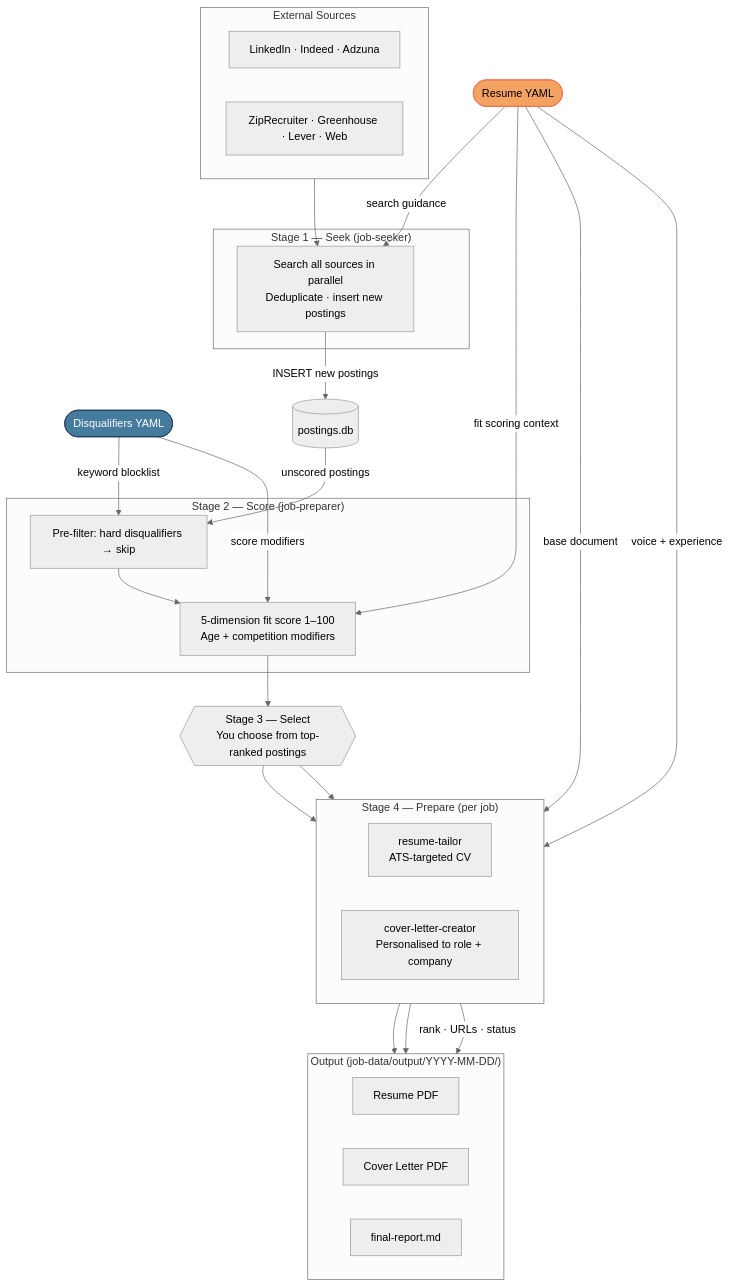
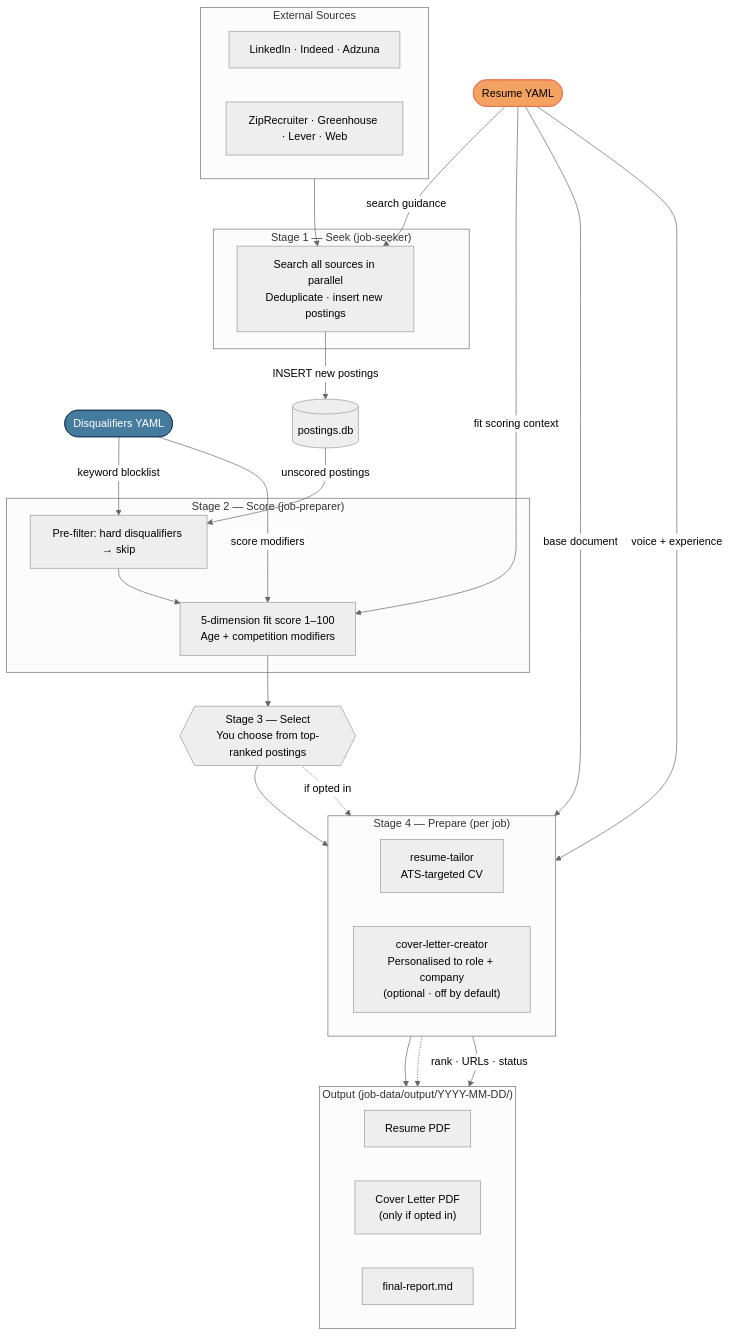
One commit to bildzeitung/job-harness changed the diagram in docs/data-flow.mmd. Above: the diagram before and after it, drawn with Mermaid (neutral theme). The commit also changed 3 other files, not shown here.

```diff
--- a/docs/data-flow.mmd
+++ b/docs/data-flow.mmd
@@ -1,56 +1,57 @@
 flowchart TD
     RESUME(["Resume YAML"])
     DISQ(["Disqualifiers YAML"])
 
     subgraph BOARDS ["External Sources"]
         direction LR
         B1["LinkedIn · Indeed · Adzuna"]
         B2["ZipRecruiter · Greenhouse · Lever · Web"]
     end
 
     subgraph SEEK ["Stage 1 — Seek    (job-seeker)"]
         S["Search all sources in parallel<br>Deduplicate · insert new postings"]
     end
 
     DB[("postings.db")]
 
     subgraph SCORE ["Stage 2 — Score    (job-preparer)"]
         F["Pre-filter: hard disqualifiers → skip"]
         SC["5-dimension fit score  1–100<br>Age + competition modifiers"]
         F --> SC
     end
 
     SEL{{"Stage 3 — Select<br>You choose from top-ranked postings"}}
 
     subgraph PREP ["Stage 4 — Prepare    (per job)"]
         direction LR
         T["resume-tailor<br>ATS-targeted CV"]
-        C["cover-letter-creator<br>Personalised to role + company"]
+        C["cover-letter-creator<br>Personalised to role + company<br>(optional · off by default)"]
     end
 
     subgraph OUT ["Output    (job-data/output/YYYY-MM-DD/)"]
         direction LR
         RP["Resume PDF"]
-        CL["Cover Letter PDF"]
+        CL["Cover Letter PDF<br>(only if opted in)"]
         FR["final-report.md"]
     end
 
     BOARDS  --> S
     RESUME  -->|"search guidance"| S
     S       -->|"INSERT new postings"| DB
     DB      -->|"unscored postings"| F
     DISQ    -->|"keyword blocklist"| F
     RESUME  -->|"fit scoring context"| SC
     DISQ    -->|"score modifiers"| SC
     SC      --> SEL
-    SEL     --> T & C
+    SEL     --> T
+    SEL     -.->|"if opted in"| C
     RESUME  -->|"base document"| T
     RESUME  -->|"voice + experience"| C
     T       --> RP
-    C       --> CL
+    C       -.-> CL
     PREP    -->|"rank · URLs · status"| FR
 
     classDef resumeNode fill:#f4a261,stroke:#e76f51,color:#000
     classDef disqNode fill:#457b9d,stroke:#1d3557,color:#fff
     class RESUME resumeNode
     class DISQ disqNode
```
